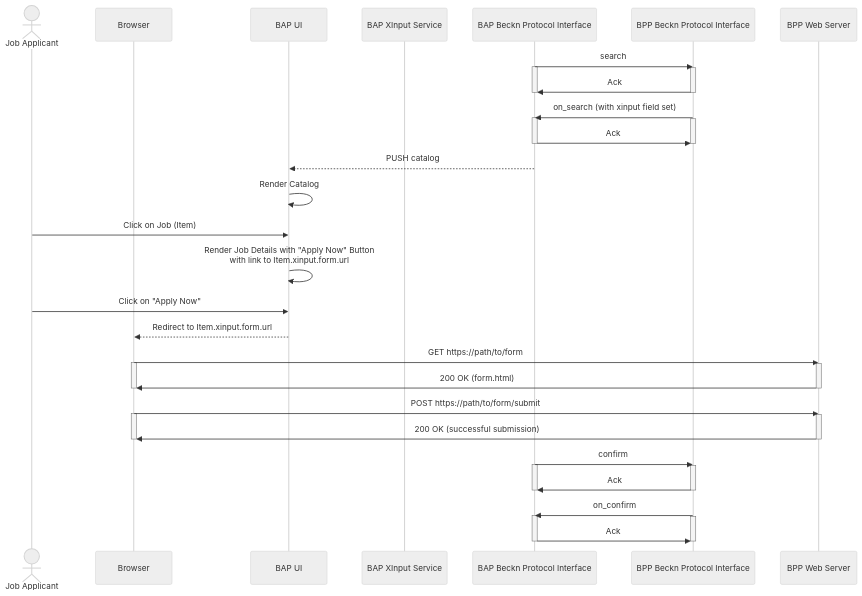
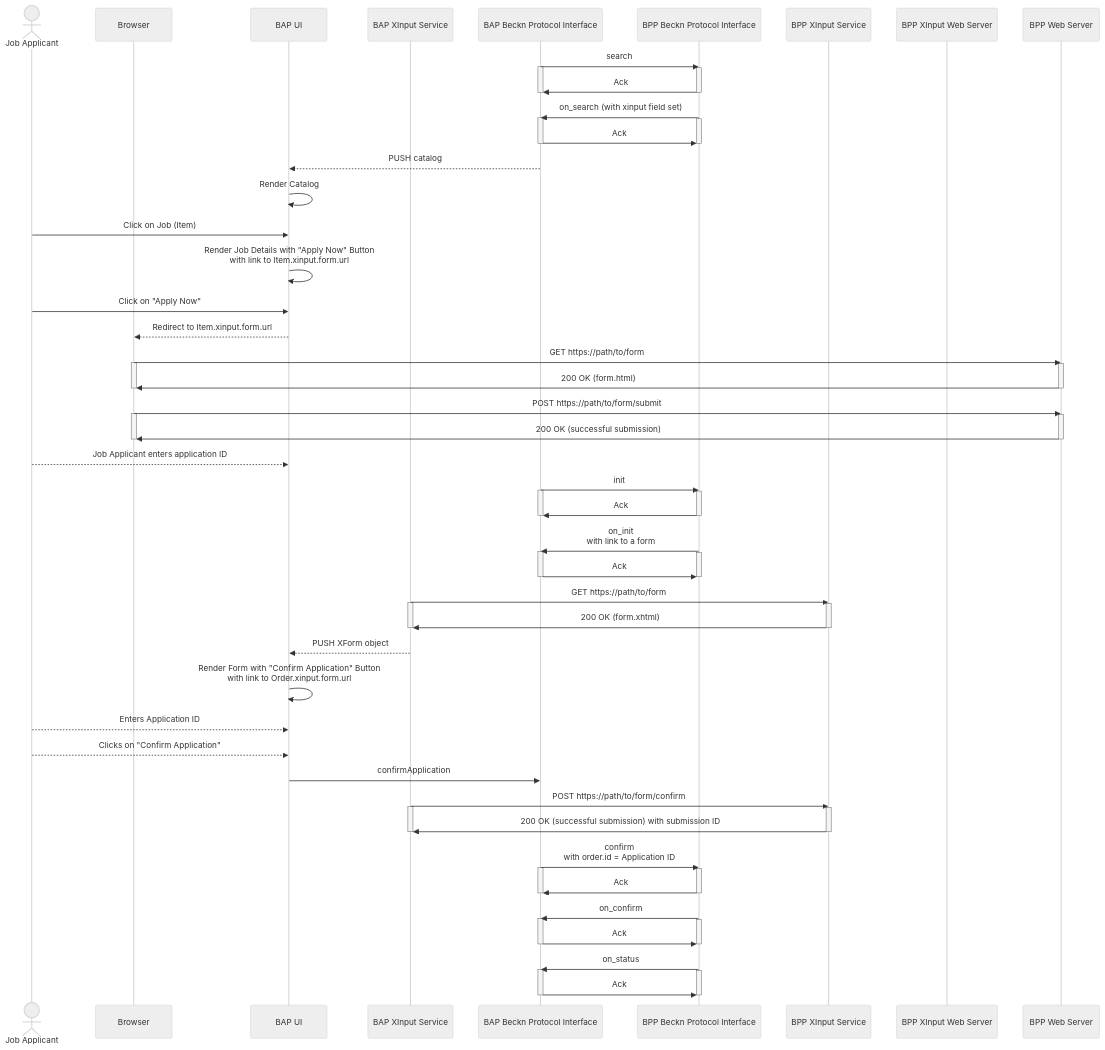
Before and after one commit to beckn/protocol-specifications: the first of 2 diagrams in docs/BECKN-007-The-XInput-Schema.md, drawn with Mermaid (neutral theme).

````diff
--- a/docs/BECKN-007-The-XInput-Schema.md
+++ b/docs/BECKN-007-The-XInput-Schema.md
@@ -333,6 +333,8 @@
     participant BAP XInput Service
     participant BAP Beckn Protocol Interface
     participant BPP Beckn Protocol Interface
+    participant BPP XInput Service
+    participant BPP XInput Web Server
     BAP Beckn Protocol Interface->>BPP Beckn Protocol Interface: search
     activate BAP Beckn Protocol Interface
     activate BPP Beckn Protocol Interface
@@ -363,7 +365,39 @@
     BPP Web Server ->> Browser: 200 OK (successful submission)
     deactivate Browser
     deactivate BPP Web Server
-    BAP Beckn Protocol Interface->>BPP Beckn Protocol Interface: confirm
+    Job Applicant -->> BAP UI: Job Applicant enters application ID
+    BAP Beckn Protocol Interface->>BPP Beckn Protocol Interface: init
+    activate BAP Beckn Protocol Interface
+    activate BPP Beckn Protocol Interface
+    BPP Beckn Protocol Interface->>BAP Beckn Protocol Interface: Ack
+    deactivate BPP Beckn Protocol Interface
+    deactivate BAP Beckn Protocol Interface
+    BPP Beckn Protocol Interface->>BAP Beckn Protocol Interface: on_init <br/> with link to a form  
+    activate BAP Beckn Protocol Interface
+    activate BPP Beckn Protocol Interface
+    BAP Beckn Protocol Interface->>BPP Beckn Protocol Interface: Ack
+    deactivate BPP Beckn Protocol Interface
+    deactivate BAP Beckn Protocol Interface
+
+    % Get the form %
+    BAP XInput Service ->> BPP XInput Service: GET https://path/to/form 
+    activate BAP XInput Service 
+    activate BPP XInput Service
+    BPP XInput Service ->> BAP XInput Service: 200 OK (form.xhtml)
+    deactivate BAP XInput Service
+    deactivate BPP XInput Service
+    BAP XInput Service -->> BAP UI: PUSH XForm object
+    BAP UI ->> BAP UI: Render Form with "Confirm Application" Button <br/> with link to Order.xinput.form.url
+    Job Applicant -->> BAP UI: Enters Application ID
+    Job Applicant -->> BAP UI: Clicks on "Confirm Application"
+    BAP UI ->> BAP Beckn Protocol Interface : confirmApplication
+    BAP XInput Service ->> BPP XInput Service: POST https://path/to/form/confirm
+    activate BAP XInput Service
+    activate BPP XInput Service
+    BPP XInput Service ->> BAP XInput Service: 200 OK (successful submission) with submission ID
+    deactivate BAP XInput Service
+    deactivate BPP XInput Service
+    BAP Beckn Protocol Interface->>BPP Beckn Protocol Interface: confirm <br/> with order.id = Application ID
     activate BAP Beckn Protocol Interface
     activate BPP Beckn Protocol Interface
     BPP Beckn Protocol Interface->>BAP Beckn Protocol Interface: Ack
@@ -375,4 +409,10 @@
     BAP Beckn Protocol Interface->>BPP Beckn Protocol Interface: Ack
     deactivate BPP Beckn Protocol Interface
     deactivate BAP Beckn Protocol Interface
+    BPP Beckn Protocol Interface->>BAP Beckn Protocol Interface: on_status
+    activate BAP Beckn Protocol Interface
+    activate BPP Beckn Protocol Interface
+    BAP Beckn Protocol Interface->>BPP Beckn Protocol Interface: Ack
+    deactivate BPP Beckn Protocol Interface
+    deactivate BAP Beckn Protocol Interface
 ```
````
